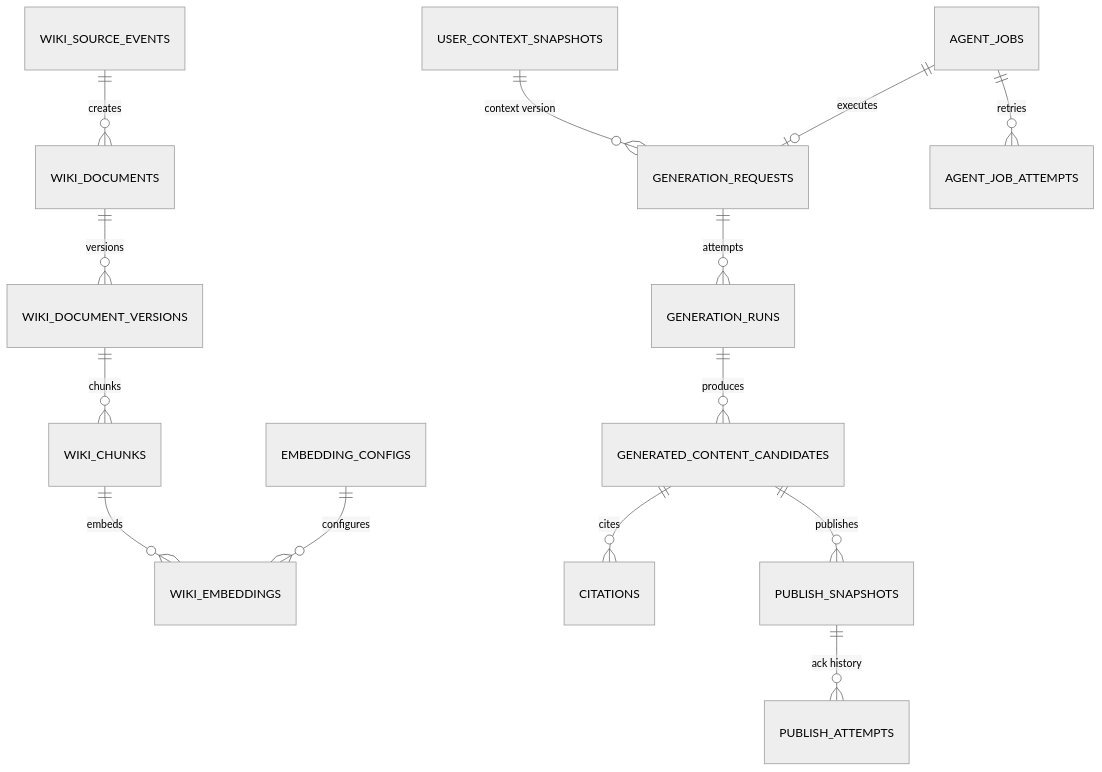
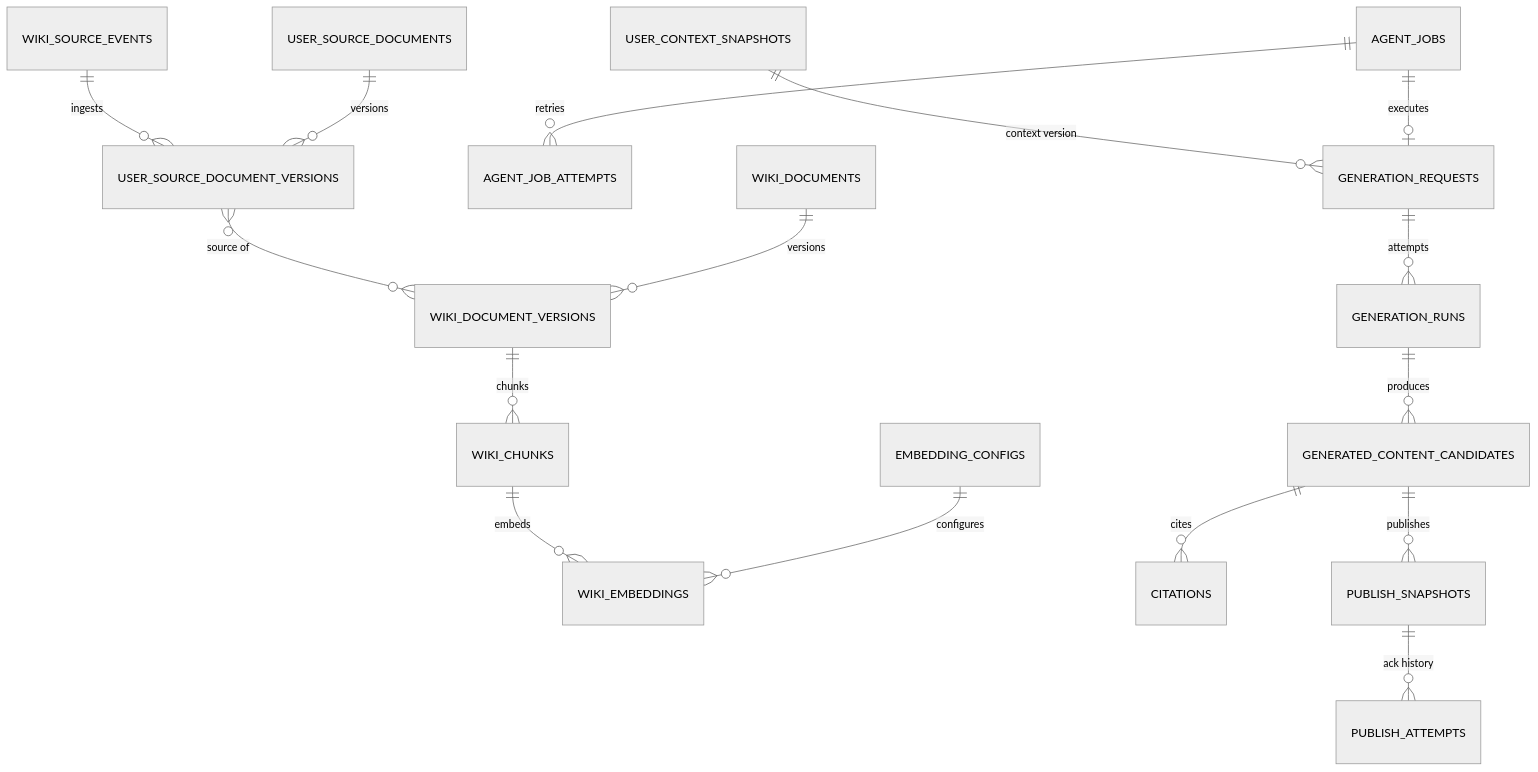
The second of 3 diagrams in docs/agent-db-design.md (hk-toss-final-project/bambi-agent-api), drawn with Mermaid (neutral theme) before and after one commit. The commit also changed other lines of this file and 35 other files, not shown here.

````diff
--- a/docs/agent-db-design.md
+++ b/docs/agent-db-design.md
@@ -60,16 +60,18 @@
 ```mermaid
 erDiagram
     USER_CONTEXT_SNAPSHOTS ||--o{ GENERATION_REQUESTS : "context version"
     AGENT_JOBS ||--o| GENERATION_REQUESTS : "executes"
     AGENT_JOBS ||--o{ AGENT_JOB_ATTEMPTS : "retries"
-    WIKI_SOURCE_EVENTS ||--o{ WIKI_DOCUMENTS : "creates"
+    WIKI_SOURCE_EVENTS ||--o{ USER_SOURCE_DOCUMENT_VERSIONS : "ingests"
+    USER_SOURCE_DOCUMENTS ||--o{ USER_SOURCE_DOCUMENT_VERSIONS : "versions"
+    USER_SOURCE_DOCUMENT_VERSIONS }o--o{ WIKI_DOCUMENT_VERSIONS : "source of"
     WIKI_DOCUMENTS ||--o{ WIKI_DOCUMENT_VERSIONS : "versions"
     WIKI_DOCUMENT_VERSIONS ||--o{ WIKI_CHUNKS : "chunks"
     WIKI_CHUNKS ||--o{ WIKI_EMBEDDINGS : "embeds"
     EMBEDDING_CONFIGS ||--o{ WIKI_EMBEDDINGS : "configures"
     GENERATION_REQUESTS ||--o{ GENERATION_RUNS : "attempts"
     GENERATION_RUNS ||--o{ GENERATED_CONTENT_CANDIDATES : "produces"
     GENERATED_CONTENT_CANDIDATES ||--o{ CITATIONS : "cites"
     GENERATED_CONTENT_CANDIDATES ||--o{ PUBLISH_SNAPSHOTS : "publishes"
     PUBLISH_SNAPSHOTS ||--o{ PUBLISH_ATTEMPTS : "ack history"
 ```
````
